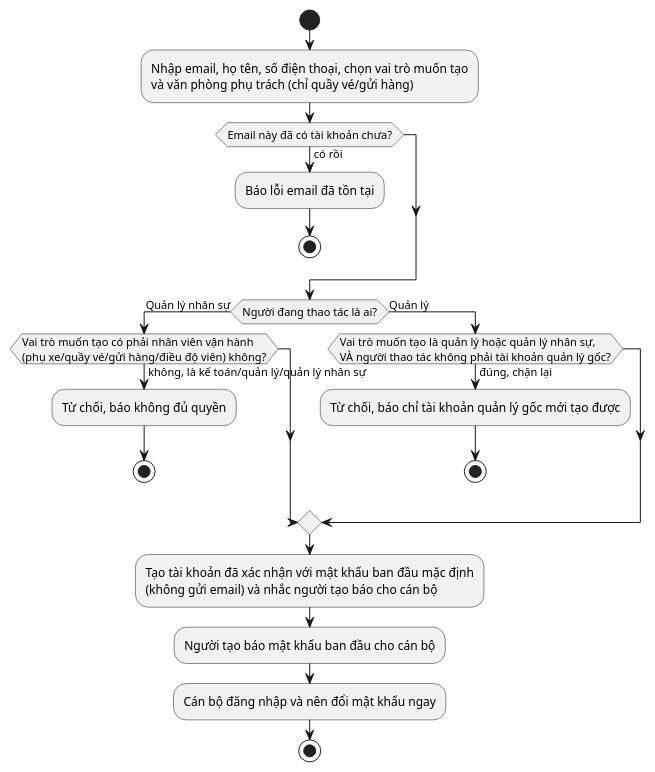
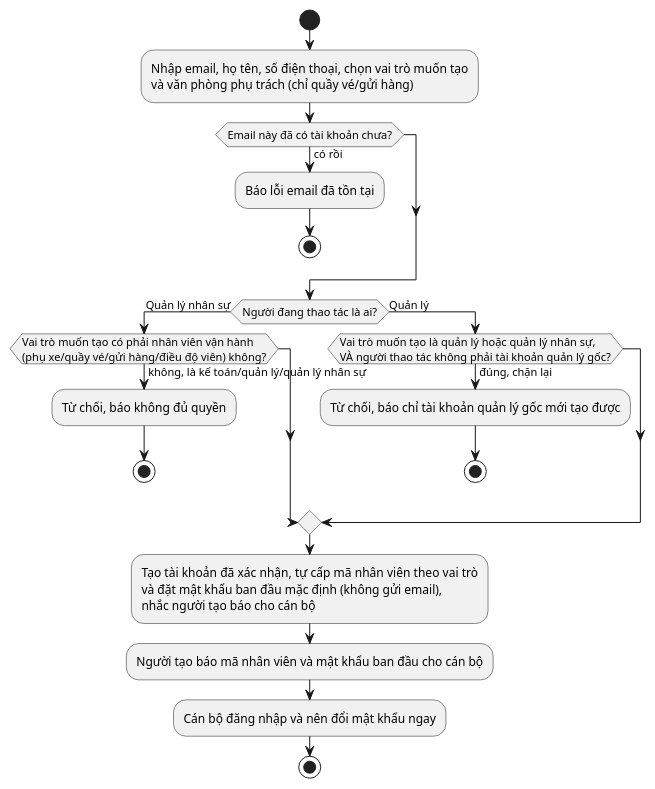
One commit to nguyenvietanhit19/Project1_HeThongQuanLyNhaXeKhachLienTinh changed diagram 45 of 53 in UML_DIAGRAMS.md. Above: the diagram before and after it, drawn with PlantUML. The commit also changed other lines of this file and 12 other files, not shown here.

````diff
--- a/UML_DIAGRAMS.md
+++ b/UML_DIAGRAMS.md
@@ -1292,25 +1292,25 @@
 ```plantuml
 @startuml AD_UC36_TaoTaiKhoanNhanVien
 start
 :Nhập email, họ tên, số điện thoại, chọn vai trò muốn tạo\nvà văn phòng phụ trách (chỉ quầy vé/gửi hàng);
 if (Email này đã có tài khoản chưa?) then (có rồi)
   :Báo lỗi email đã tồn tại;
   stop
 endif
 if (Người đang thao tác là ai?) then (Quản lý nhân sự)
   if (Vai trò muốn tạo có phải nhân viên vận hành\n(phụ xe/quầy vé/gửi hàng/điều độ viên) không?) then (không, là kế toán/quản lý/quản lý nhân sự)
     :Từ chối, báo không đủ quyền;
     stop
   endif
 else (Quản lý)
   if (Vai trò muốn tạo là quản lý hoặc quản lý nhân sự,\nVÀ người thao tác không phải tài khoản quản lý gốc?) then (đúng, chặn lại)
     :Từ chối, báo chỉ tài khoản quản lý gốc mới tạo được;
     stop
   endif
 endif
-:Tạo tài khoản đã xác nhận với mật khẩu ban đầu mặc định\n(không gửi email) và nhắc người tạo báo cho cán bộ;
-:Người tạo báo mật khẩu ban đầu cho cán bộ;
+:Tạo tài khoản đã xác nhận, tự cấp mã nhân viên theo vai trò\nvà đặt mật khẩu ban đầu mặc định (không gửi email),\nnhắc người tạo báo cho cán bộ;
+:Người tạo báo mã nhân viên và mật khẩu ban đầu cho cán bộ;
 :Cán bộ đăng nhập và nên đổi mật khẩu ngay;
 stop
 @enduml
 ```
````
